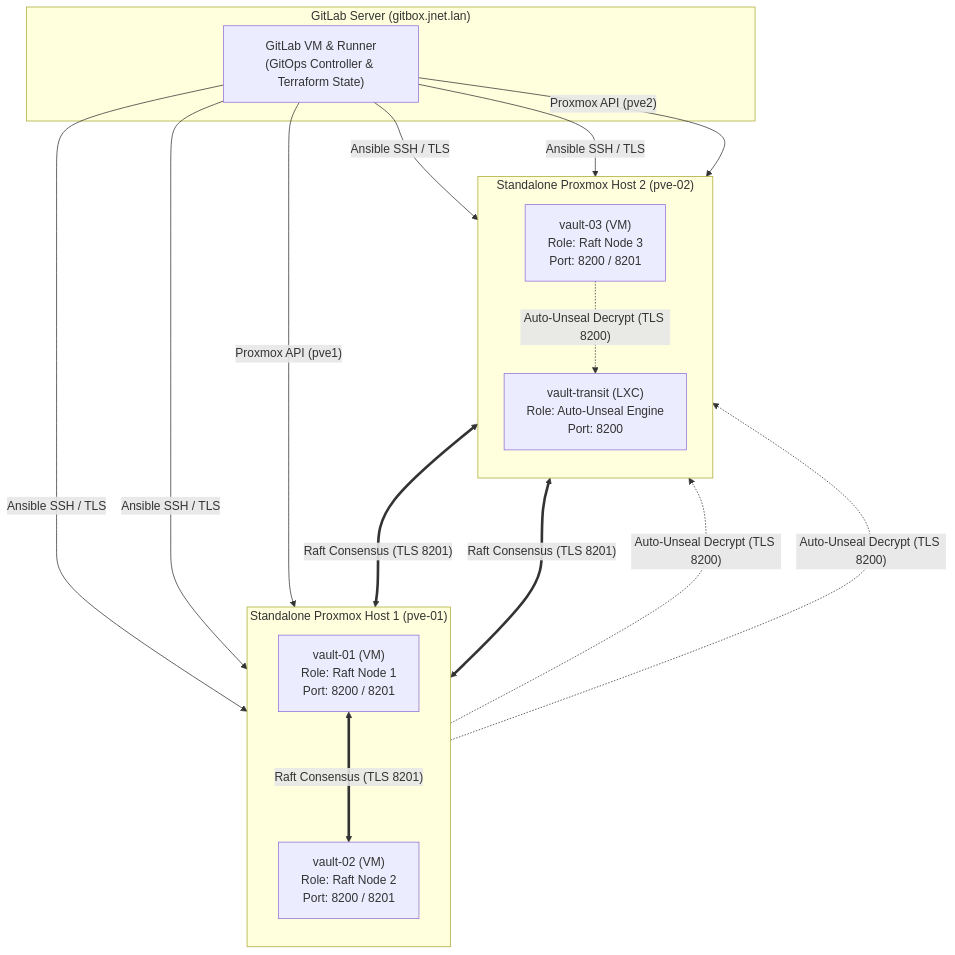
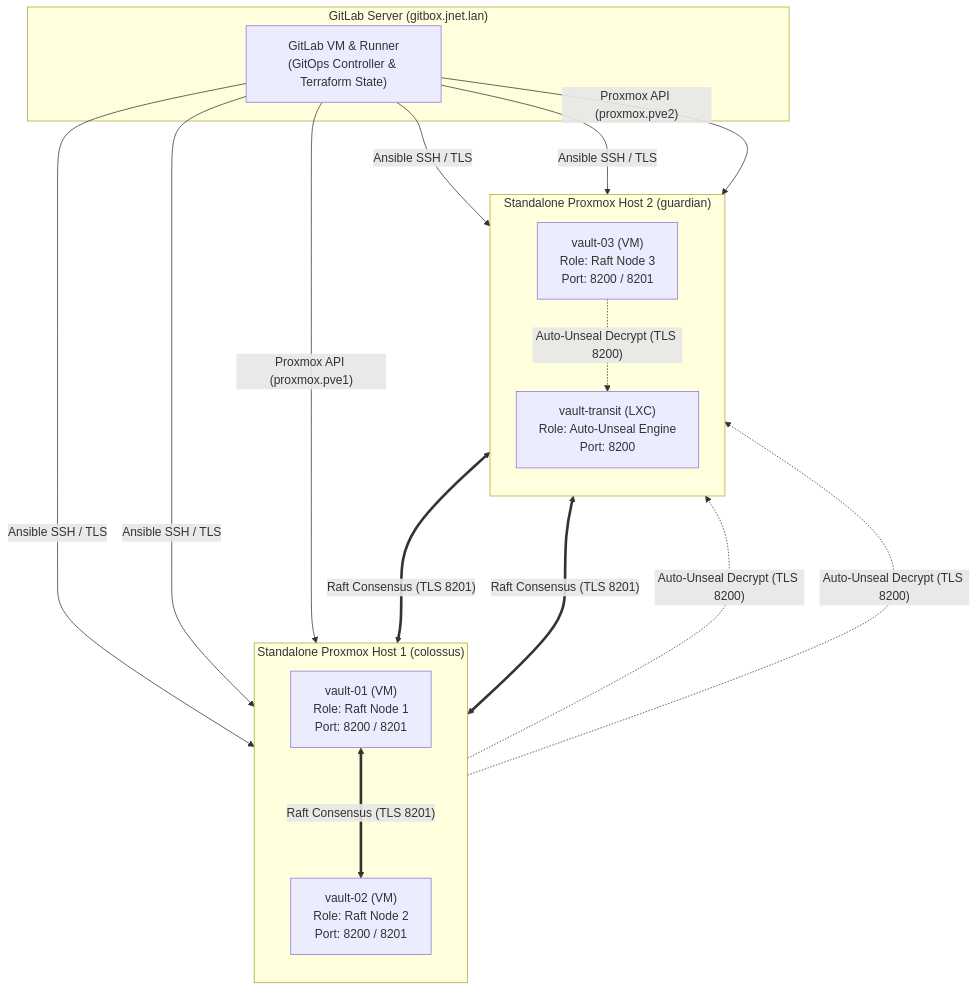
The first of 3 diagrams in docs/architecture.md (antonj-code/vault-bootstrap), drawn with Mermaid before and after one commit. The commit also changed other lines of this file and 6 other files, not shown here.

First line of the commit message:
chore: update host definitions and documentation for colossus and guardian

````diff
--- a/docs/architecture.md
+++ b/docs/architecture.md
@@ -9,36 +9,36 @@
 ```mermaid
 flowchart TB
-    subgraph Physical_Host_1["Standalone Proxmox Host 1 (pve-01)"]
+    subgraph Physical_Host_1["Standalone Proxmox Host 1 (colossus)"]
         direction TB
         V1["vault-01 (VM)<br/>Role: Raft Node 1<br/>Port: 8200 / 8201"]
         V2["vault-02 (VM)<br/>Role: Raft Node 2<br/>Port: 8200 / 8201"]
     end
 
-    subgraph Physical_Host_2["Standalone Proxmox Host 2 (pve-02)"]
+    subgraph Physical_Host_2["Standalone Proxmox Host 2 (guardian)"]
         direction TB
         V3["vault-03 (VM)<br/>Role: Raft Node 3<br/>Port: 8200 / 8201"]
         VT["vault-transit (LXC)<br/>Role: Auto-Unseal Engine<br/>Port: 8200"]
     end
 
     subgraph Management_Host["GitLab Server (gitbox.jnet.lan)"]
         GL["GitLab VM & Runner<br/>(GitOps Controller & Terraform State)"]
     end
 
     %% Raft Consensus
     V1 <===>|"Raft Consensus (TLS 8201)"| V2
     V2 <===>|"Raft Consensus (TLS 8201)"| V3
     V3 <===>|"Raft Consensus (TLS 8201)"| V1
 
     %% Auto Unseal
     V1 -.->|"Auto-Unseal Decrypt (TLS 8200)"| VT
     V2 -.->|"Auto-Unseal Decrypt (TLS 8200)"| VT
     V3 -.->|"Auto-Unseal Decrypt (TLS 8200)"| VT
 
     %% Pipeline deployment
-    GL -->|"Proxmox API (pve1)"| Physical_Host_1
-    GL -->|"Proxmox API (pve2)"| Physical_Host_2
+    GL -->|"Proxmox API (proxmox.pve1)"| Physical_Host_1
+    GL -->|"Proxmox API (proxmox.pve2)"| Physical_Host_2
     GL -->|"Ansible SSH / TLS"| V1
     GL -->|"Ansible SSH / TLS"| V2
     GL -->|"Ansible SSH / TLS"| V3
     GL -->|"Ansible SSH / TLS"| VT
 ```
````
